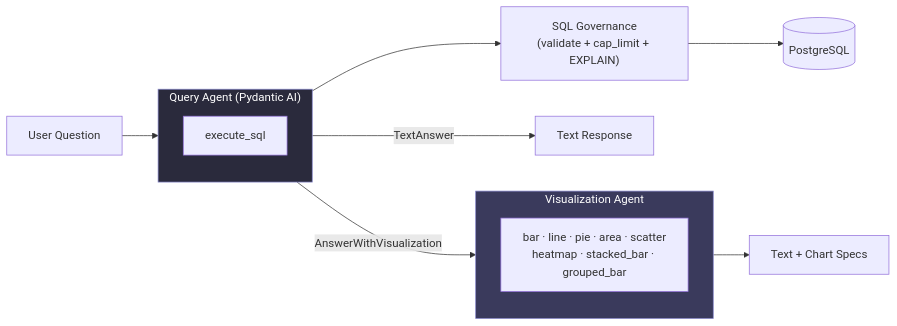
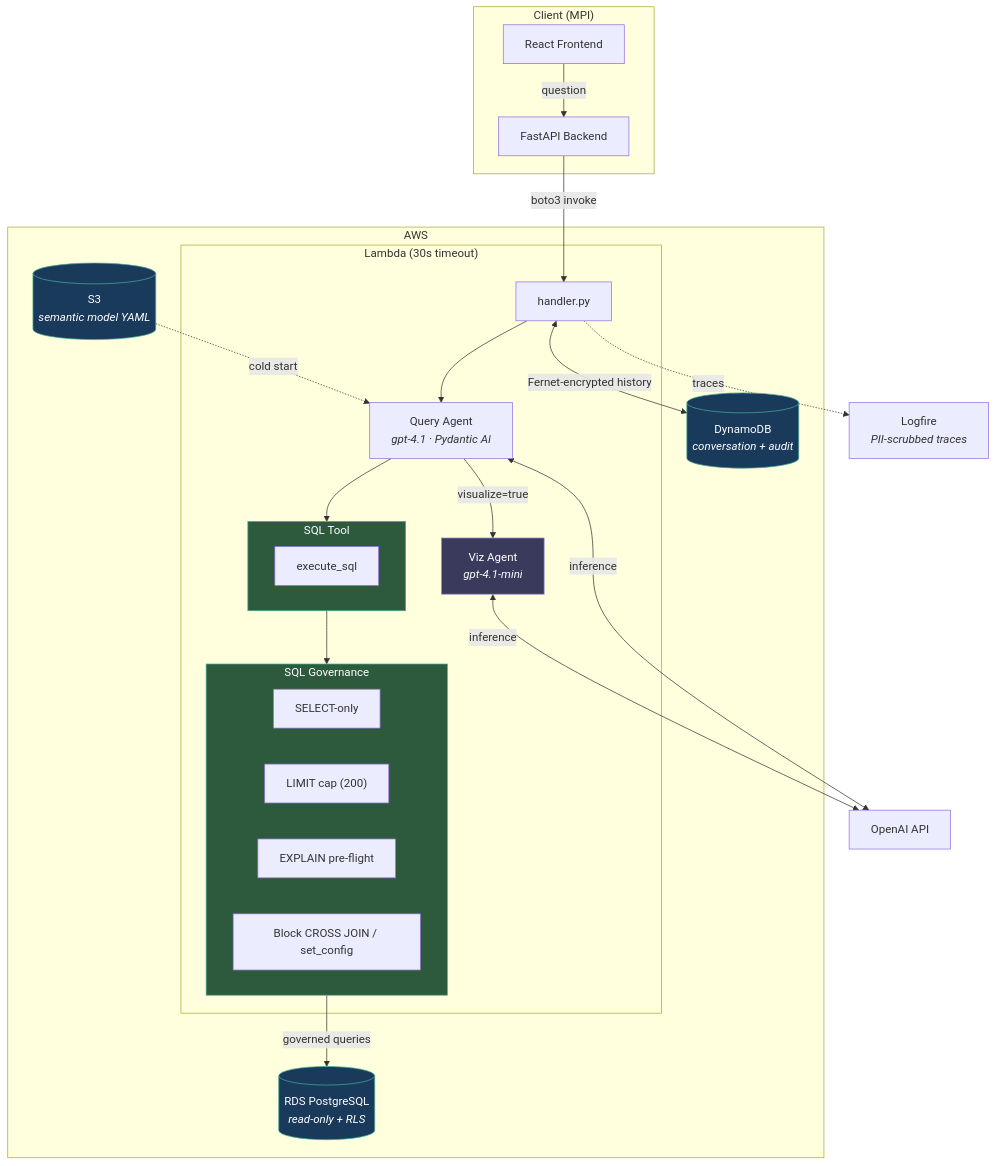
Before and after one commit to maxibove13/finance-query-agent: the first of 2 diagrams in README.md, drawn with Mermaid. The commit also changed other lines of this file and 4 other files, not shown here.

First line of the commit message:
feat: add exchange rate tables to semantic model for currency conversion [MPI-209]

````diff
--- a/README.md
+++ b/README.md
@@ -7,24 +9,55 @@
 ```mermaid
-graph LR
-    Q["User Question"] --> QUERY_AGENT
-
-    subgraph QUERY_AGENT["Query Agent (Pydantic AI)"]
-        direction TB
-        T1["execute_sql"]
+graph TB
+    subgraph Client["Client (MPI)"]
+        FE[React Frontend]
+        BE[FastAPI Backend]
     end
 
-    QUERY_AGENT -->|"TextAnswer"| OUT_TEXT["Text Response"]
-    QUERY_AGENT -->|"AnswerWithVisualization"| VIZ_AGENT
+    FE -->|question| BE
+    BE -->|boto3 invoke| HANDLER
 
-    subgraph VIZ_AGENT["Visualization Agent"]
-        VIZ_OUT["bar · line · pie · area · scatter<br/>heatmap · stacked_bar · grouped_bar"]
+    subgraph AWS["AWS"]
+        subgraph Lambda["Lambda (30s timeout)"]
+            HANDLER[handler.py]
+            HANDLER --> AGENT
+            AGENT["Query Agent<br/><i>gpt-4.1 · Pydantic AI</i>"]
+            AGENT --> SQL_TOOL
+
+            subgraph SQL_TOOL["SQL Tool"]
+                T1[execute_sql]
+            end
+
+            subgraph GOV["SQL Governance"]
+                R1["SELECT-only"]
+                R2["LIMIT cap (200)"]
+                R3["EXPLAIN pre-flight"]
+                R4["Block CROSS JOIN / set_config"]
+            end
+
+            SQL_TOOL --> GOV
+
+            AGENT -->|"visualize=true"| VIZ
+            VIZ["Viz Agent<br/><i>gpt-4.1-mini</i>"]
+        end
+
+        S3[("S3<br/><i>semantic model YAML</i>")]
+        RDS[("RDS PostgreSQL<br/><i>read-only + RLS</i>")]
+        DDB[("DynamoDB<br/><i>conversation + audit</i>")]
     end
 
-    VIZ_AGENT --> OUT_VIZ["Text + Chart Specs"]
+    LOGFIRE["Logfire<br/><i>PII-scrubbed traces</i>"]
 
-    T1 --> GOV["SQL Governance<br/>(validate + cap_limit + EXPLAIN)"]
-    GOV --> PG[("PostgreSQL")]
+    S3 -.->|cold start| AGENT
+    GOV -->|governed queries| RDS
+    HANDLER <-->|Fernet-encrypted history| DDB
+    AGENT <-->|inference| LLM_API["OpenAI API"]
+    VIZ <-->|inference| LLM_API
+    HANDLER -.->|traces| LOGFIRE
 
-    style QUERY_AGENT fill:#2a2a3c,stroke:#88c,color:#fff
-    style VIZ_AGENT fill:#3a3a5c,stroke:#88c,color:#fff
+    style SQL_TOOL fill:#2d5a3d,stroke:#4a9,color:#fff
+    style GOV fill:#2d5a3d,stroke:#4a9,color:#fff
+    style VIZ fill:#3a3a5c,stroke:#88c,color:#fff
+    style RDS fill:#1a3a5c,stroke:#4a9,color:#fff
+    style DDB fill:#1a3a5c,stroke:#4a9,color:#fff
+    style S3 fill:#1a3a5c,stroke:#4a9,color:#fff
 ```
````
